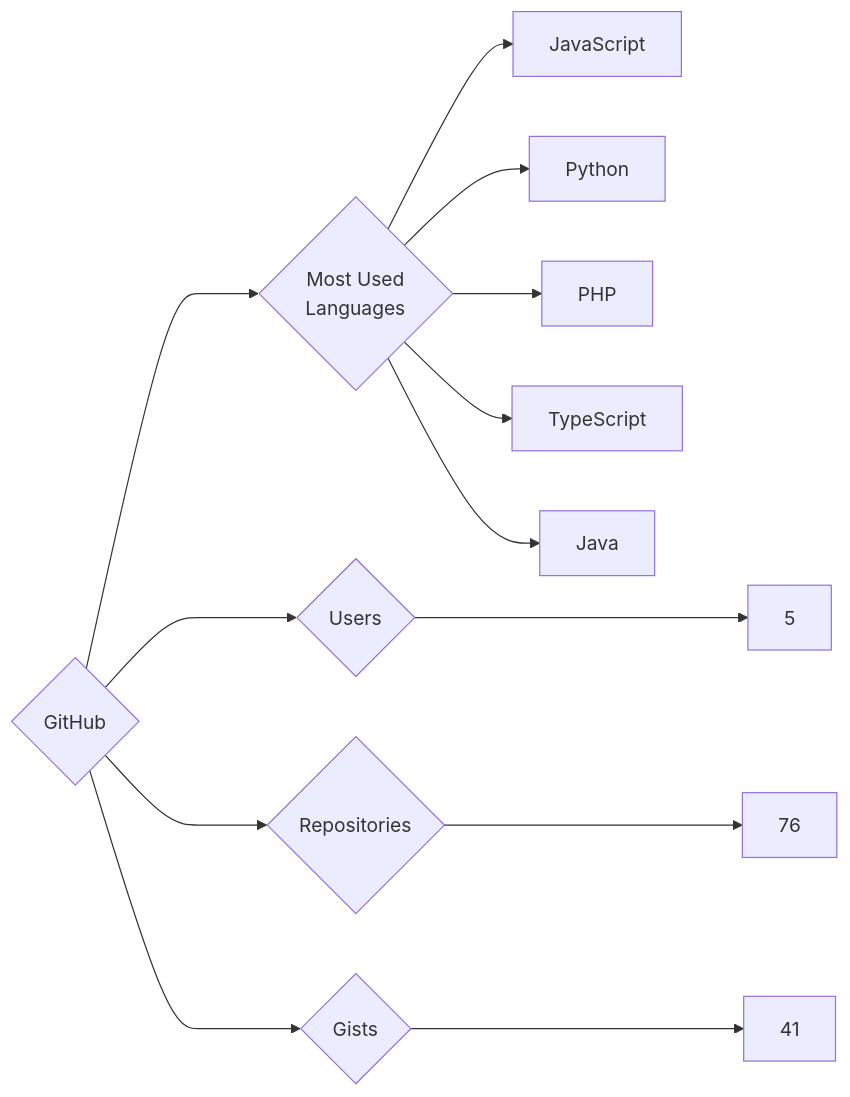
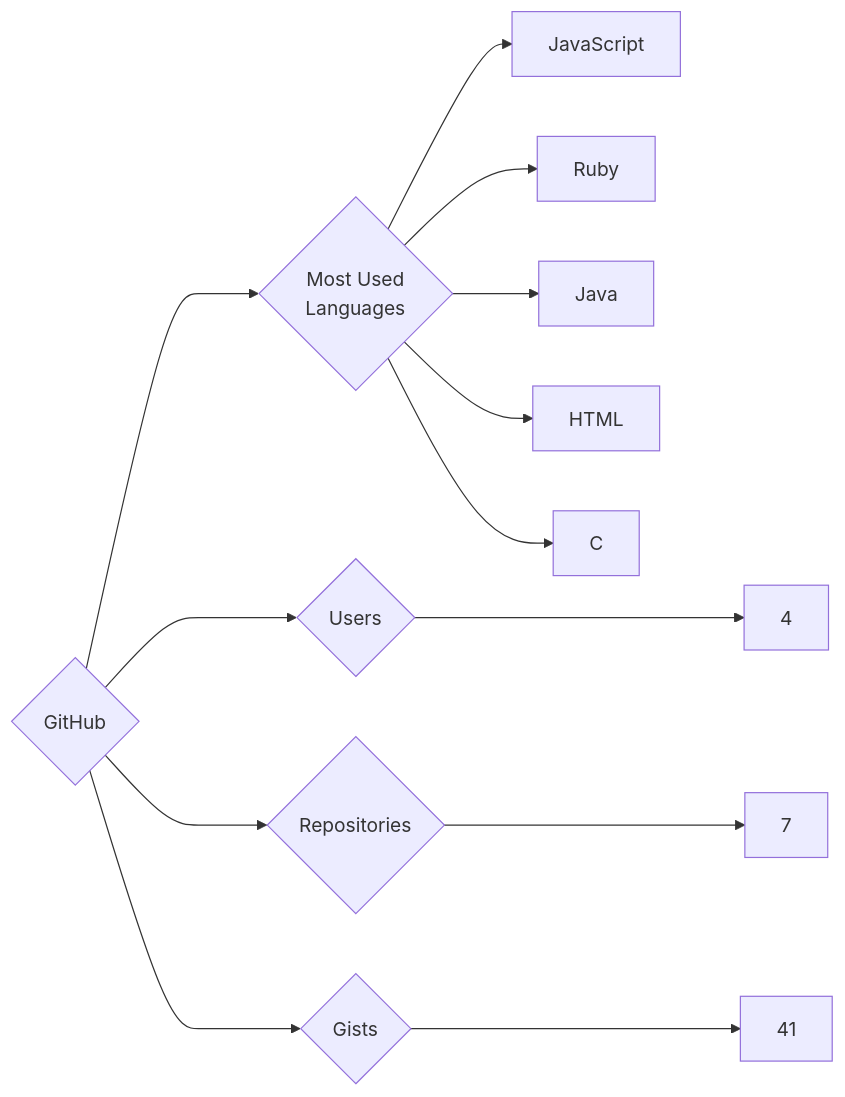
One commit to trickest/insiders changed the diagram in targets/GitHub/README.md. Above: the diagram before and after it, drawn with Mermaid. The commit also changed 1149 other files, not shown here.

````diff
--- a/targets/GitHub/README.md
+++ b/targets/GitHub/README.md
@@ -3,13 +3,13 @@
 ```mermaid
 graph LR
 COMPANY_NAME{GitHub}
-COMPANY_NAME ---> U{Users} ---> UN[5]
-COMPANY_NAME ---> R{Repositories} ---> RN[76]
+COMPANY_NAME ---> U{Users} ---> UN[4]
+COMPANY_NAME ---> R{Repositories} ---> RN[7]
 COMPANY_NAME ---> G{Gists} ---> GN[41]
 COMPANY_NAME ---> ML{Most Used<br>Languages}
 ML --> JavaScript[JavaScript]
-ML --> Python[Python]
-ML --> PHP[PHP]
-ML --> TypeScript[TypeScript]
+ML --> Ruby[Ruby]
 ML --> Java[Java]
+ML --> HTML[HTML]
+ML --> C[C]
 ```
````
